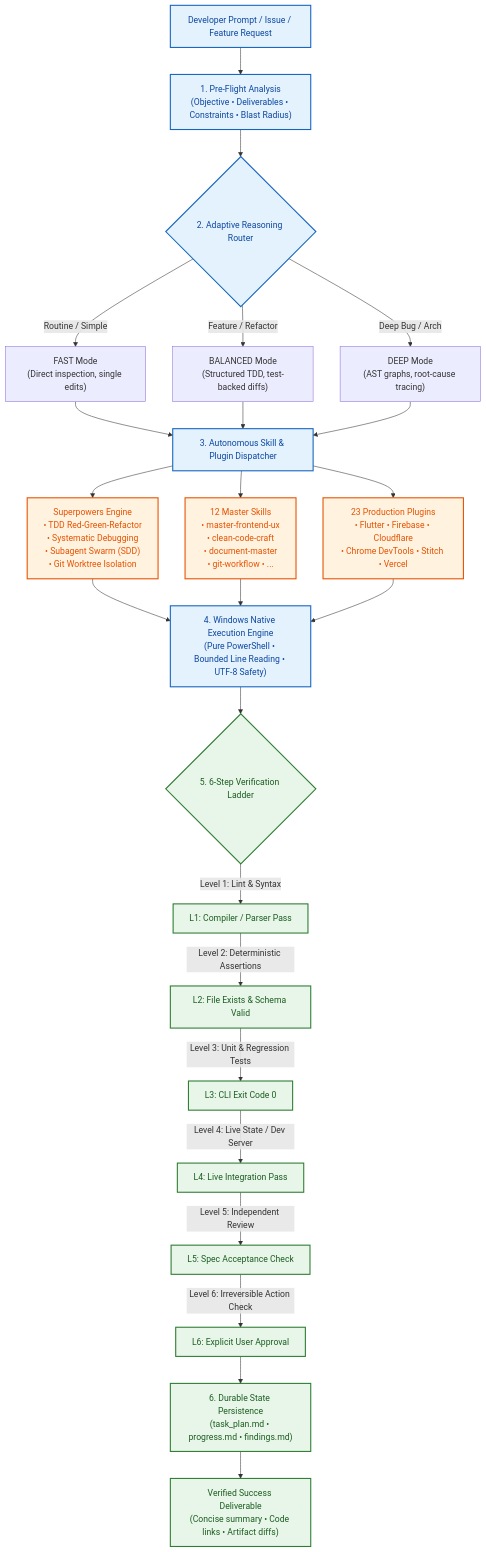
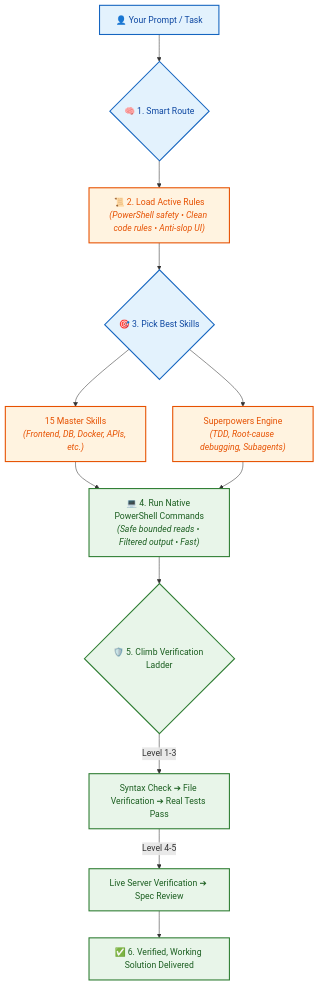
Before and after one commit to SFRREX/antigravity-config: the first of 4 diagrams in README.md, drawn with Mermaid. The commit also changed other lines of this file and 18 other files, not shown here.

````diff
--- a/README.md
+++ b/README.md
@@ -46,39 +36,25 @@
 ```mermaid
 flowchart TD
-    UserPrompt["Developer Prompt / Issue / Feature Request"] --> PreFlight["1. Pre-Flight Analysis<br/>(Objective • Deliverables • Constraints • Blast Radius)"]
+    User["👤 Your Prompt / Task"] --> Router{"🧠 1. Smart Route"}
     
-    PreFlight --> ReasonRouter{"2. Adaptive Reasoning Router"}
-    ReasonRouter -->|"Routine / Simple"| FastMode["FAST Mode<br/>(Direct inspection, single edits)"]
-    ReasonRouter -->|"Feature / Refactor"| BalancedMode["BALANCED Mode<br/>(Structured TDD, test-backed diffs)"]
-    ReasonRouter -->|"Deep Bug / Arch"| DeepMode["DEEP Mode<br/>(AST graphs, root-cause tracing)"]
+    Router --> Rules["📜 2. Load Active Rules<br/><i>(PowerShell safety • Clean code rules • Anti-slop UI)</i>"]
+    
+    Rules --> Selector{"🎯 3. Pick Best Skills"}
+    Selector --> Master["15 Master Skills<br/><i>(Frontend, DB, Docker, APIs, etc.)</i>"]
+    Selector --> Super["Superpowers Engine<br/><i>(TDD, Root-cause debugging, Subagents)</i>"]
+    
+    Master --> Sandbox["💻 4. Run Native PowerShell Commands<br/><i>(Safe bounded reads • Filtered output • Fast)</i>"]
+    Super --> Sandbox
+    
+    Sandbox --> Ladder{"🛡️ 5. Climb Verification Ladder"}
+    Ladder -->|"Level 1-3"| Tests["Syntax Check ➔ File Verification ➔ Real Tests Pass"]
+    Tests -->|"Level 4-5"| Live["Live Server Verification ➔ Spec Review"]
+    Live --> Output["✅ 6. Verified, Working Solution Delivered"]
 
-    FastMode --> SkillRouter["3. Autonomous Skill & Plugin Dispatcher"]
-    BalancedMode --> SkillRouter
-    DeepMode --> SkillRouter
-
-    SkillRouter --> Superpowers["Superpowers Engine<br/>• TDD Red-Green-Refactor<br/>• Systematic Debugging<br/>• Subagent Swarm (SDD)<br/>• Git Worktree Isolation"]
-    SkillRouter --> MasterSkills["12 Master Skills<br/>• master-frontend-ux<br/>• clean-code-craft<br/>• document-master<br/>• git-workflow • ..."]
-    SkillRouter --> PluginsSuite["23 Production Plugins<br/>• Flutter • Firebase • Cloudflare<br/>• Chrome DevTools • Stitch • Vercel"]
-
-    Superpowers --> ExecutionSandbox["4. Windows Native Execution Engine<br/>(Pure PowerShell • Bounded Line Reading • UTF-8 Safety)"]
-    MasterSkills --> ExecutionSandbox
-    PluginsSuite --> ExecutionSandbox
-
-    ExecutionSandbox --> VerificationLadder{"5. 6-Step Verification Ladder"}
-    VerificationLadder -->|"Level 1: Lint & Syntax"| L1["L1: Compiler / Parser Pass"]
-    L1 -->|"Level 2: Deterministic Assertions"| L2["L2: File Exists & Schema Valid"]
-    L2 -->|"Level 3: Unit & Regression Tests"| L3["L3: CLI Exit Code 0"]
-    L3 -->|"Level 4: Live State / Dev Server"| L4["L4: Live Integration Pass"]
-    L4 -->|"Level 5: Independent Review"| L5["L5: Spec Acceptance Check"]
-    L5 -->|"Level 6: Irreversible Action Check"| L6["L6: Explicit User Approval"]
-
-    L6 --> StatePersistence["6. Durable State Persistence<br/>(task_plan.md • progress.md • findings.md)"]
-    StatePersistence --> VerifiedDelivery["Verified Success Deliverable<br/>(Concise summary • Code links • Artifact diffs)"]
-
-    classDef primary fill:#e3f2fd,stroke:#1565c0,stroke-width:2px,color:#0d47a1;
-    classDef success fill:#e8f5e9,stroke:#2e7d32,stroke-width:2px,color:#1b5e20;
-    classDef warning fill:#fff3e0,stroke:#e65100,stroke-width:2px,color:#e65100;
-    class UserPrompt,PreFlight,ReasonRouter,SkillRouter,ExecutionSandbox primary;
-    class VerificationLadder,L1,L2,L3,L4,L5,L6,StatePersistence,VerifiedDelivery success;
-    class Superpowers,MasterSkills,PluginsSuite warning;
+    classDef blue fill:#e3f2fd,stroke:#1565c0,stroke-width:2px,color:#0d47a1;
+    classDef green fill:#e8f5e9,stroke:#2e7d32,stroke-width:2px,color:#1b5e20;
+    classDef orange fill:#fff3e0,stroke:#e65100,stroke-width:2px,color:#e65100;
+    class User,Router,Selector blue;
+    class Sandbox,Ladder,Tests,Live,Output green;
+    class Rules,Master,Super orange;
 ```
````
